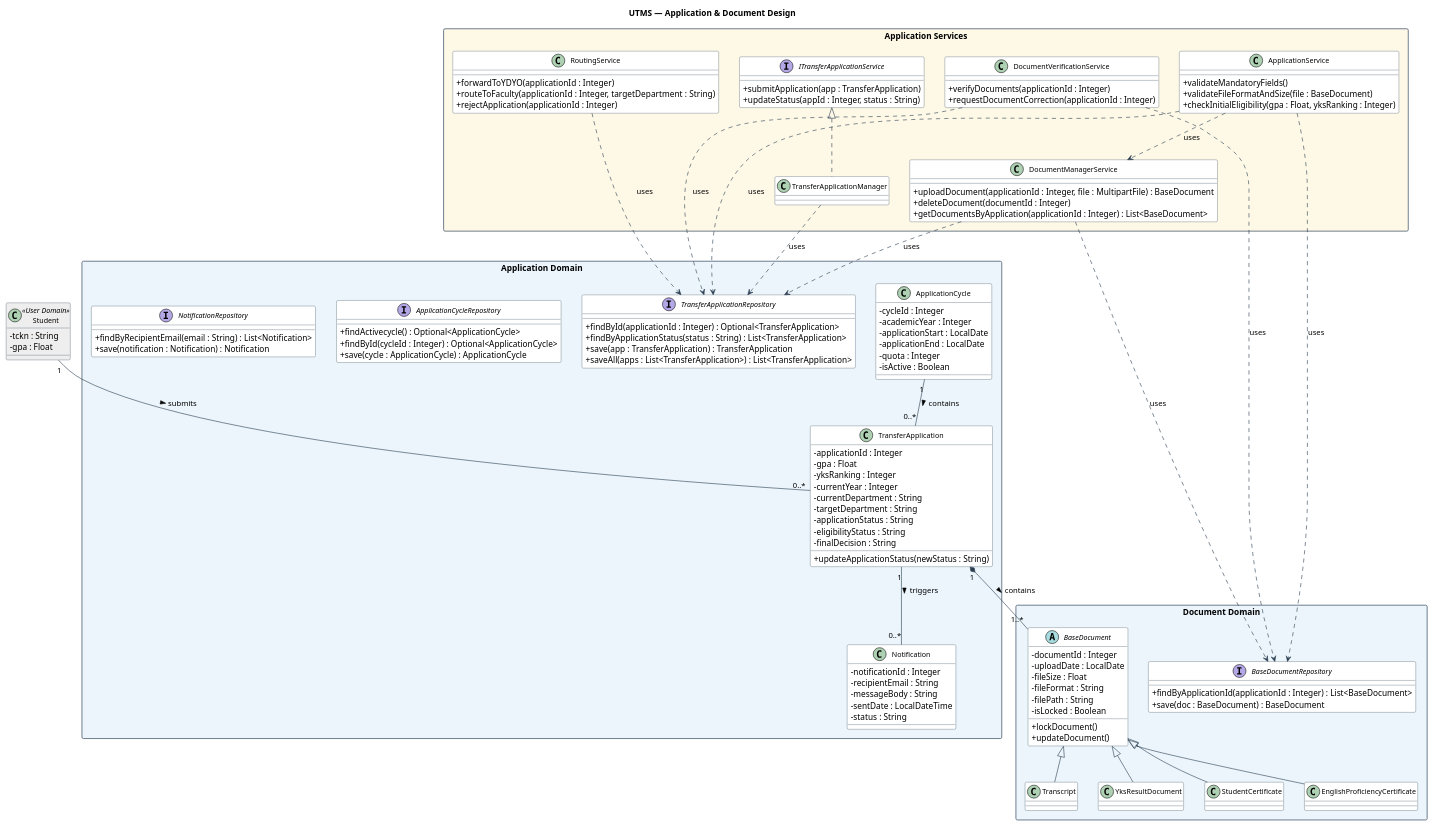
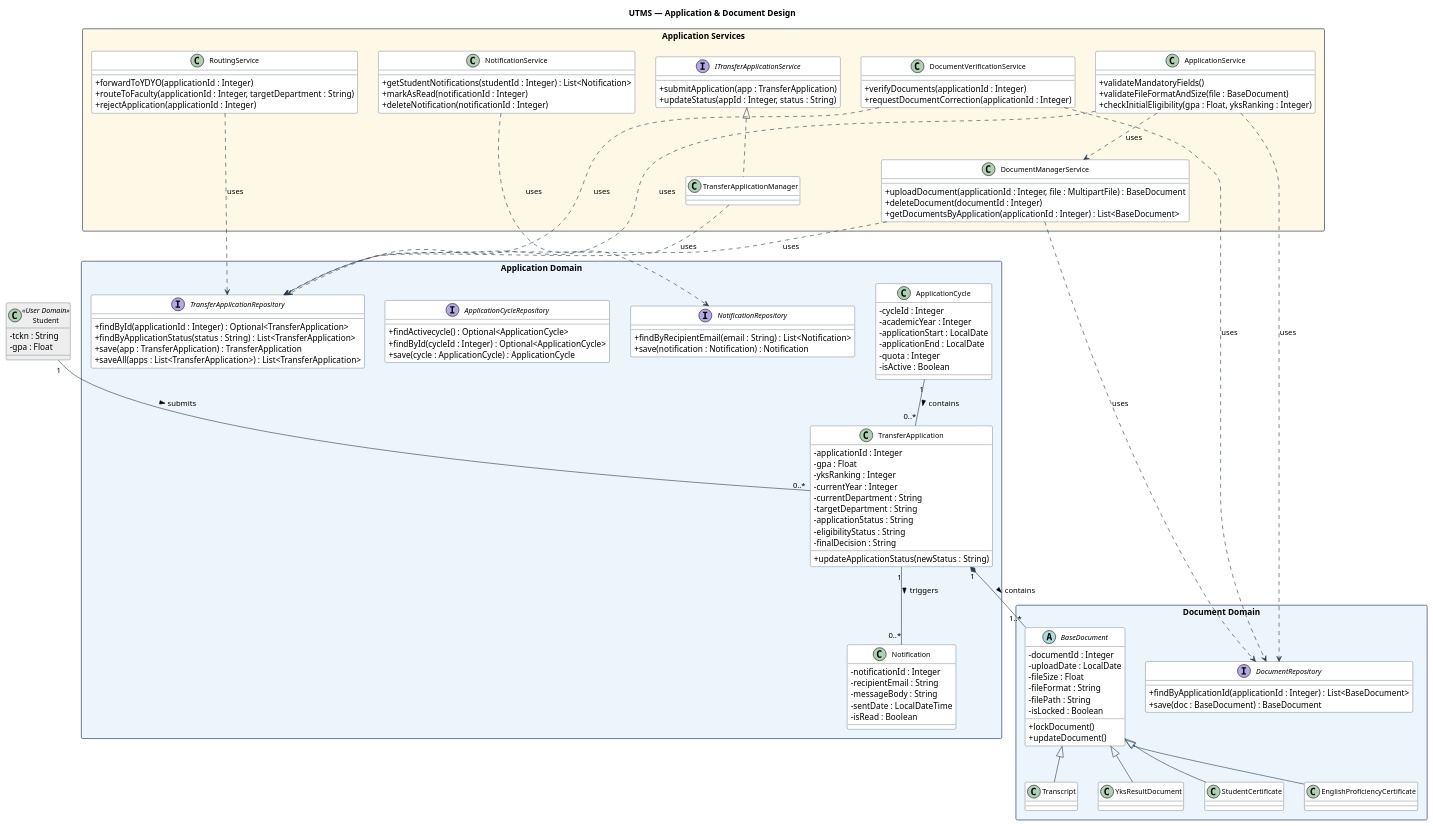
One commit to UTMS-G02/utms changed the diagram in docs/uml/application-design.puml. Above: the diagram before and after it, drawn with PlantUML.

Commit message:
docs(uml-document-domain): add DocumentManagerService, NotificationService
- rename BaseDocumentRepository -> DocumentRepository
- Notification.status -> Notification.isRead

```diff
--- a/docs/uml/application-design.puml
+++ b/docs/uml/application-design.puml
@@ -1,165 +1,171 @@
 @startuml UTMS_Application_Design
 
 title UTMS — Application & Document Design
 
 top to bottom direction
 
 skinparam classAttributeIconSize 0
 skinparam classFontSize 12
 skinparam packageStyle rectangle
 skinparam class {
     BackgroundColor White
     BorderColor #2C3E50
     ArrowColor #2C3E50
 }
 skinparam package {
     BorderColor #5D6D7E
 }
 
 ' =============================================
 ' BUSINESS LOGIC LAYER
 ' =============================================
 
 package "Application Services" #FEF9E7 {
     interface ITransferApplicationService {
         +submitApplication(app : TransferApplication)
         +updateStatus(appId : Integer, status : String)
     }
     class TransferApplicationManager
     class ApplicationService {
         +validateMandatoryFields()
         +validateFileFormatAndSize(file : BaseDocument)
         +checkInitialEligibility(gpa : Float, yksRanking : Integer)
     }
     class DocumentVerificationService {
         +verifyDocuments(applicationId : Integer)
         +requestDocumentCorrection(applicationId : Integer)
     }
     class DocumentManagerService {
         +uploadDocument(applicationId : Integer, file : MultipartFile) : BaseDocument
         +deleteDocument(documentId : Integer)
         +getDocumentsByApplication(applicationId : Integer) : List<BaseDocument>
     }
     class RoutingService {
         +forwardToYDYO(applicationId : Integer)
         +routeToFaculty(applicationId : Integer, targetDepartment : String)
         +rejectApplication(applicationId : Integer)
     }
+    class NotificationService {
+        +getStudentNotifications(studentId : Integer) : List<Notification>
+        +markAsRead(notificationId : Integer)
+        +deleteNotification(notificationId : Integer)
+    }
 }
 
 ' =============================================
 ' DATA ACCESS LAYER
 ' =============================================
 
 package "Application Domain" #EBF5FB {
     class TransferApplication {
         -applicationId : Integer
         -gpa : Float
         -yksRanking : Integer
         -currentYear : Integer
         -currentDepartment : String
         -targetDepartment : String
         -applicationStatus : String
         -eligibilityStatus : String
         -finalDecision : String
         +updateApplicationStatus(newStatus : String)
     }
     class ApplicationCycle {
         -cycleId : Integer
         -academicYear : Integer
         -applicationStart : LocalDate
         -applicationEnd : LocalDate
         -quota : Integer
         -isActive : Boolean
     }
     class Notification {
         -notificationId : Integer
         -recipientEmail : String
         -messageBody : String
         -sentDate : LocalDateTime
-        -status : String
+        -isRead : Boolean
     }
 
     interface TransferApplicationRepository {
         +findById(applicationId : Integer) : Optional<TransferApplication>
         +findByApplicationStatus(status : String) : List<TransferApplication>
         +save(app : TransferApplication) : TransferApplication
         +saveAll(apps : List<TransferApplication>) : List<TransferApplication>
     }
     interface ApplicationCycleRepository {
         +findActivecycle() : Optional<ApplicationCycle>
         +findById(cycleId : Integer) : Optional<ApplicationCycle>
         +save(cycle : ApplicationCycle) : ApplicationCycle
     }
     interface NotificationRepository {
         +findByRecipientEmail(email : String) : List<Notification>
         +save(notification : Notification) : Notification
     }
 }
 
 package "Document Domain" #EBF5FB {
     abstract class BaseDocument {
         -documentId : Integer
         -uploadDate : LocalDate
         -fileSize : Float
         -fileFormat : String
         -filePath : String
         -isLocked : Boolean
         +lockDocument()
         +updateDocument()
     }
     class Transcript
     class YksResultDocument
     class StudentCertificate
     class EnglishProficiencyCertificate
 
-    interface BaseDocumentRepository {
+    interface DocumentRepository {
         +findByApplicationId(applicationId : Integer) : List<BaseDocument>
         +save(doc : BaseDocument) : BaseDocument
     }
 }
 
 ' =============================================
 ' REFERENCE FROM USER DOMAIN
 ' =============================================
 
 class Student <<User Domain>> #EEEEEE {
     -tckn : String
     -gpa : Float
 }
 
 ' =============================================
 ' INHERITANCE
 ' =============================================
 
 ITransferApplicationService <|.. TransferApplicationManager
 
 BaseDocument <|-- Transcript
 BaseDocument <|-- YksResultDocument
 BaseDocument <|-- StudentCertificate
 BaseDocument <|-- EnglishProficiencyCertificate
 
 ' =============================================
 ' DOMAIN ASSOCIATIONS
 ' =============================================
 
 Student "1" -- "0..*" TransferApplication : submits >
 ApplicationCycle "1" -- "0..*" TransferApplication : contains >
 TransferApplication "1" *-- "1..*" BaseDocument : contains >
 TransferApplication "1" -- "0..*" Notification : triggers >
 
 ' =============================================
 ' BUSINESS LOGIC -> DATA ACCESS DEPENDENCIES
 ' =============================================
 
 TransferApplicationManager ..> TransferApplicationRepository : uses
 ApplicationService ..> TransferApplicationRepository : uses
-ApplicationService ..> BaseDocumentRepository : uses
+ApplicationService ..> DocumentRepository : uses
 DocumentVerificationService ..> TransferApplicationRepository : uses
-DocumentVerificationService ..> BaseDocumentRepository : uses
-DocumentManagerService ..> BaseDocumentRepository : uses
+DocumentVerificationService ..> DocumentRepository : uses
+DocumentManagerService ..> DocumentRepository : uses
 DocumentManagerService ..> TransferApplicationRepository : uses
 ApplicationService ..> DocumentManagerService : uses
 RoutingService ..> TransferApplicationRepository : uses
+NotificationService ..> NotificationRepository : uses
 
 @enduml
```
